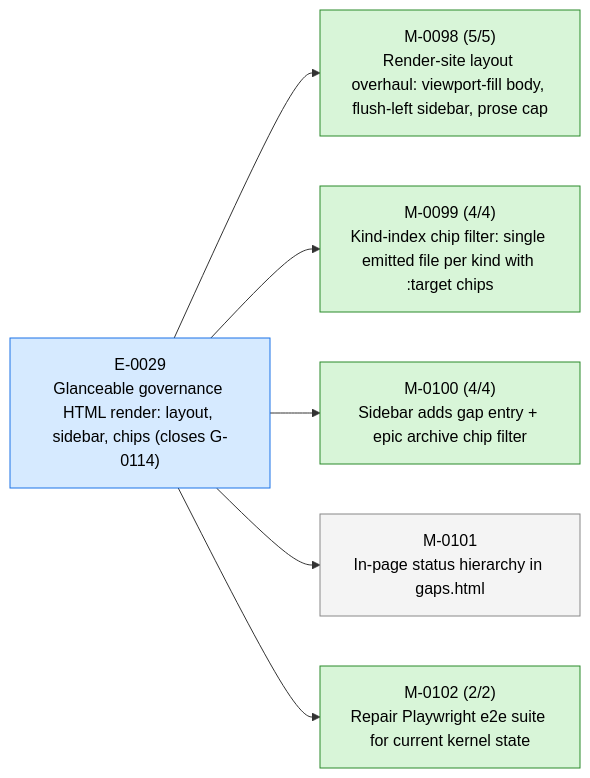
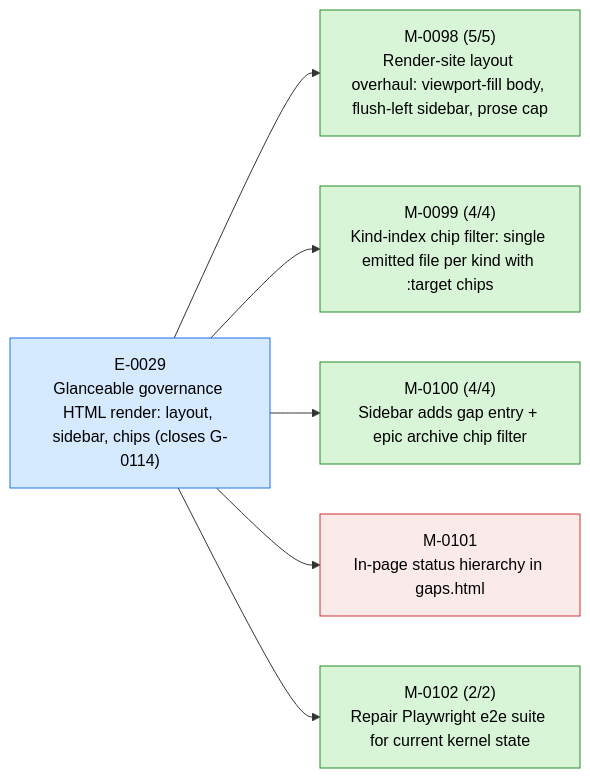
The first of 3 diagrams in STATUS.md (23min/aiwf), drawn with Mermaid before and after one commit. The commit also changed other lines of this file and 1 other file, not shown here.

First line of the commit message:
aiwf cancel M-0101 -> cancelled

````diff
--- a/STATUS.md
+++ b/STATUS.md
@@ -17,20 +17,20 @@
 ```mermaid
 flowchart LR
   E_0029["E-0029<br/>Glanceable governance HTML render: layout, sidebar, chips (closes G-0114)"]:::epic_active
   M_0098["M-0098 (5/5)<br/>Render-site layout overhaul: viewport-fill body, flush-left sidebar, prose cap"]:::ms_done
   E_0029 --> M_0098
   M_0099["M-0099 (4/4)<br/>Kind-index chip filter: single emitted file per kind with :target chips"]:::ms_done
   E_0029 --> M_0099
   M_0100["M-0100 (4/4)<br/>Sidebar adds gap entry + epic archive chip filter"]:::ms_done
   E_0029 --> M_0100
-  M_0101["M-0101<br/>In-page status hierarchy in gaps.html"]:::ms_draft
+  M_0101["M-0101<br/>In-page status hierarchy in gaps.html"]:::ms_cancelled
   E_0029 --> M_0101
   M_0102["M-0102 (2/2)<br/>Repair Playwright e2e suite for current kernel state"]:::ms_done
   E_0029 --> M_0102
   classDef epic_active fill:#d6eaff,stroke:#1a73e8,color:#000
   classDef epic_proposed fill:#f4f4f4,stroke:#888,color:#000
   classDef ms_done fill:#d8f5d8,stroke:#2a8a2a,color:#000
   classDef ms_in_progress fill:#fff3c4,stroke:#caa400,color:#000
   classDef ms_draft fill:#f4f4f4,stroke:#888,color:#000
   classDef ms_cancelled fill:#fbeaea,stroke:#c33,color:#000
 ```
````
